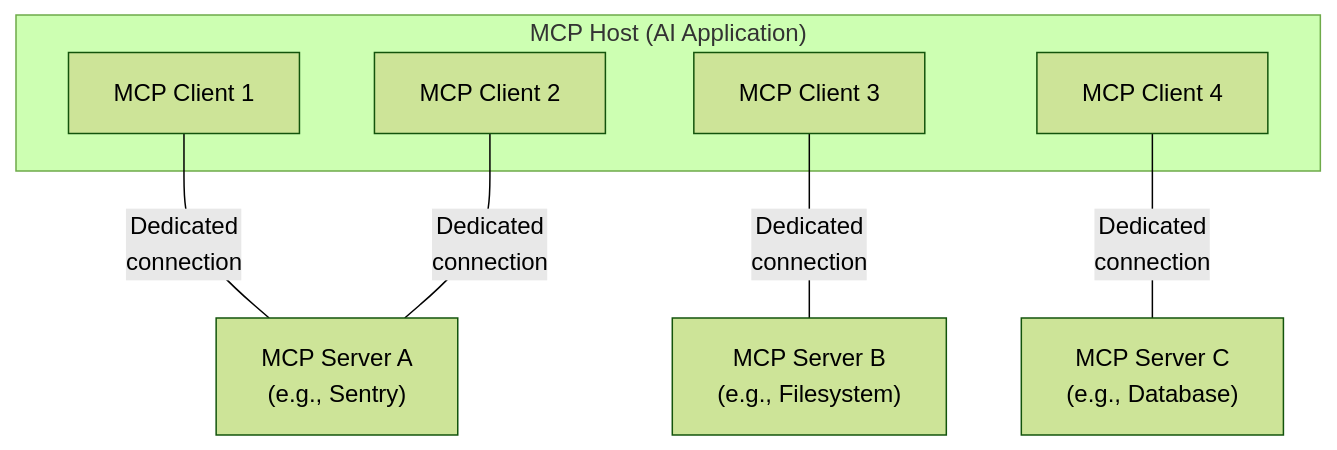
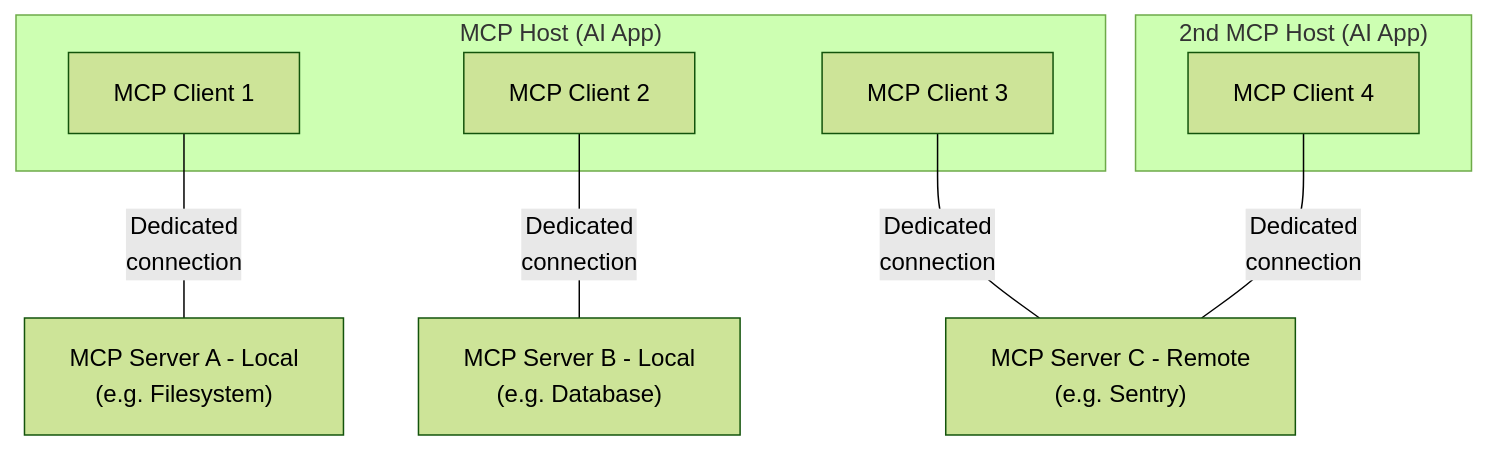
One commit to modelcontextprotocol/modelcontextprotocol changed the diagram in docs/docs/learn/architecture.mdx. Above: the diagram before and after it, drawn with Mermaid (forest theme).

Commit message:
further architecture doc fixes

````diff
--- a/docs/docs/learn/architecture.mdx
+++ b/docs/docs/learn/architecture.mdx
@@ -44,18 +44,21 @@
 ```mermaid
 graph TB
-    subgraph "MCP Host (AI Application)"
+    subgraph "MCP Host (AI App)"
         Client1["MCP Client 1"]
         Client2["MCP Client 2"]
         Client3["MCP Client 3"]
+    end
+
+    subgraph "2nd MCP Host (AI App)"
         Client4["MCP Client 4"]
     end
 
-    ServerA["MCP Server A<br/>(e.g., Sentry)"]
-    ServerB["MCP Server B<br/>(e.g., Filesystem)"]
-    ServerC["MCP Server C<br/>(e.g., Database)"]
+    ServerA["MCP Server A - Local<br/>(e.g. Filesystem)"]
+    ServerB["MCP Server B - Local<br/>(e.g. Database)"]
+    ServerC["MCP Server C - Remote<br/>(e.g. Sentry)"]
 
     Client1 ---|"Dedicated<br/>connection"| ServerA
-    Client2 ---|"Dedicated<br/>connection"| ServerA
-    Client3 ---|"Dedicated<br/>connection"| ServerB
+    Client2 ---|"Dedicated<br/>connection"| ServerB
+    Client3 ---|"Dedicated<br/>connection"| ServerC
     Client4 ---|"Dedicated<br/>connection"| ServerC
 ```
````
